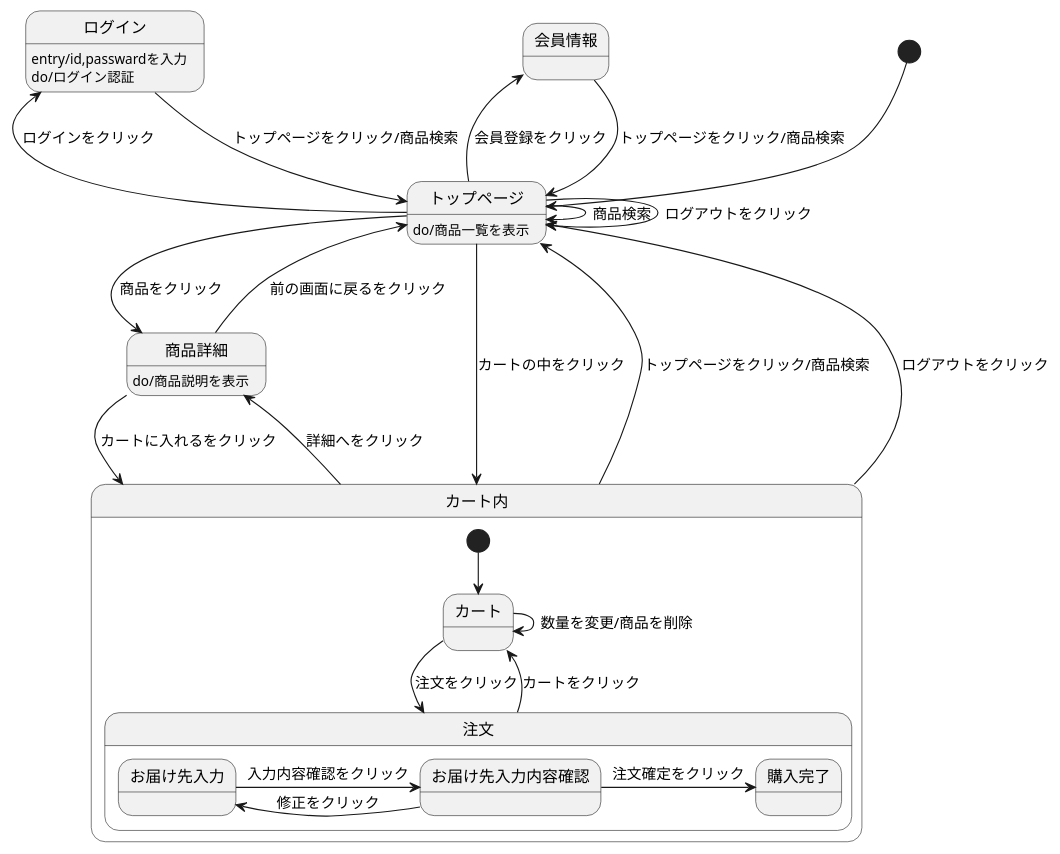
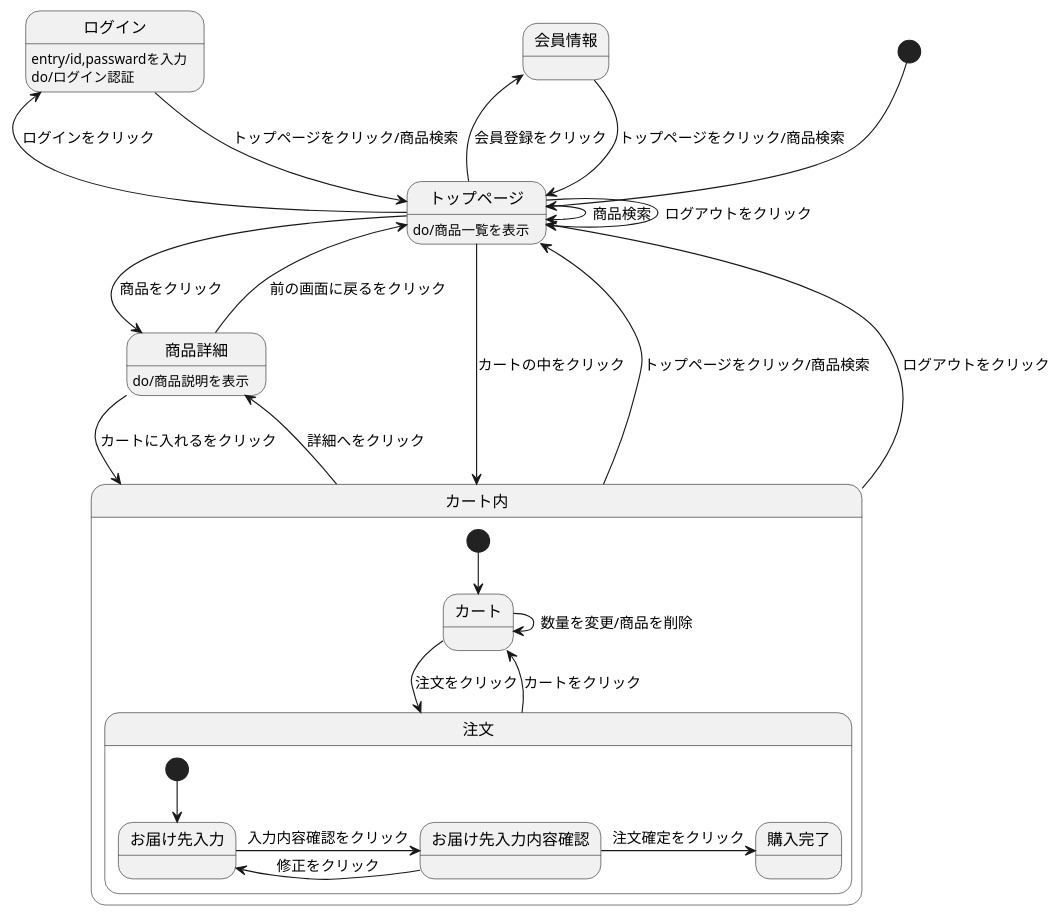
One commit to Aso2001192/2021sys-design changed the diagram in stm01.md. Above: the diagram before and after it, drawn with PlantUML.

````diff
--- a/stm01.md
+++ b/stm01.md
@@ -1,35 +1,36 @@
 ```uml
 @startuml
 [*]-->トップページ
 会員情報-->トップページ : トップページをクリック/商品検索
 ログイン-->トップページ : トップページをクリック/商品検索
 ログイン : entry/id,passwardを入力
 ログイン : do/ログイン認証
 トップページ-->トップページ : ログアウトをクリック
 トップページ->トップページ : 商品検索
 トップページ->商品詳細 : 商品をクリック
 トップページ-left->会員情報 : 会員登録をクリック
 トップページ-left->ログイン : ログインをクリック
 トップページ-->カート内 : カートの中をクリック
 トップページ : do/商品一覧を表示
 商品詳細-->カート内 : カートに入れるをクリック
 商品詳細-->トップページ : 前の画面に戻るをクリック
 商品詳細 : do/商品説明を表示
 カート内-up->トップページ : トップページをクリック/商品検索
 カート内-up->トップページ : ログアウトをクリック
 カート内->商品詳細 : 詳細へをクリック
 
 state カート内{
   [*]-->カート
   カート->注文 : 注文をクリック
   カート->カート : 数量を変更/商品を削除
   注文-->カート : カートをクリック
   
   state 注文{
+    [*] --> お届け先入力
     お届け先入力->お届け先入力内容確認 : 入力内容確認をクリック
     お届け先入力内容確認->お届け先入力 : 修正をクリック
     お届け先入力内容確認->購入完了 : 注文確定をクリック
   }
 }
 @enduml
 ```
````
